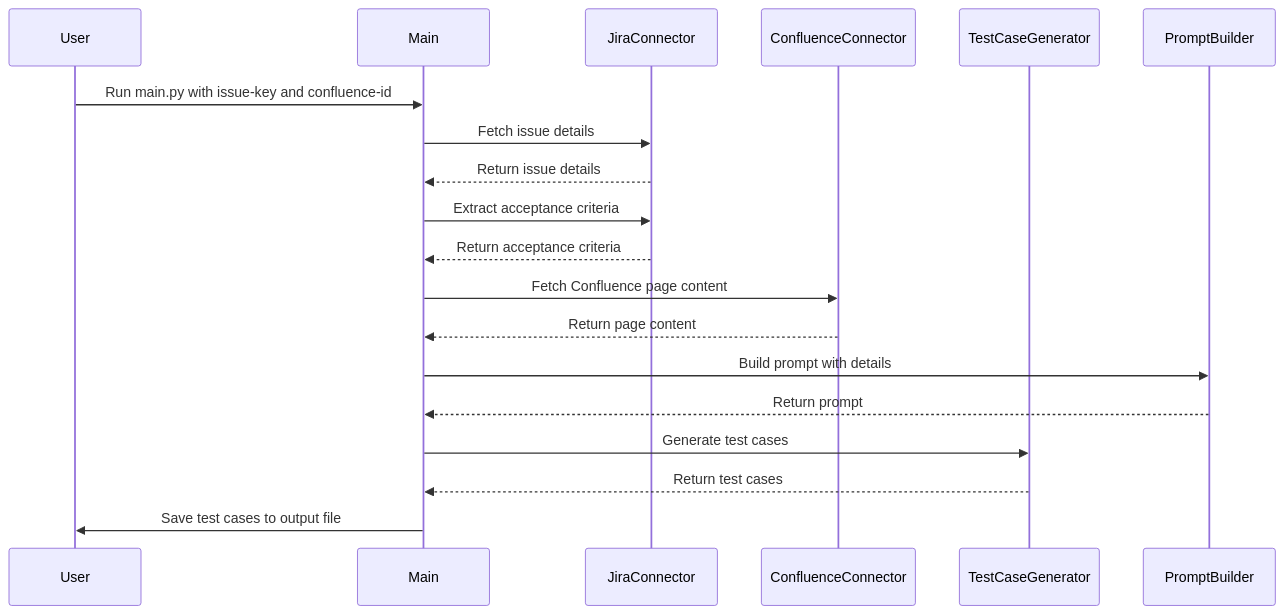
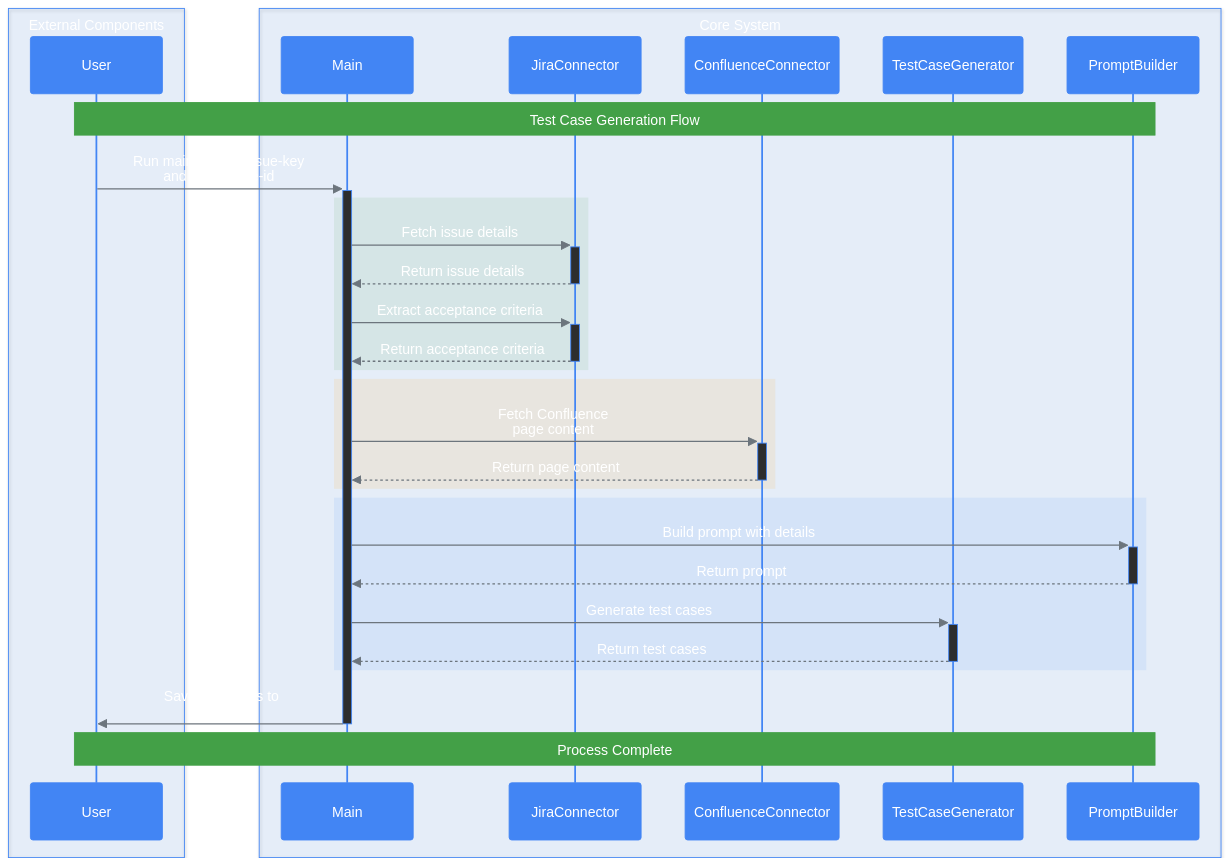
One commit to dipjyotimetia/friday changed the diagram in README.md. Above: the diagram before and after it, drawn with Mermaid. The commit also changed 2 other files, not shown here.

Commit message:
minor updates

````diff
--- a/README.md
+++ b/README.md
@@ -20,22 +26,68 @@
 ```mermaid
+%%{init: {
+    'theme': 'base',
+    'themeVariables': {
+        'primaryColor': '#1a1a1a',
+        'primaryTextColor': '#fff',
+        'primaryBorderColor': '#4285f4',
+        'lineColor': '#4285f4',
+        'secondaryColor': '#2d2d2d',
+        'tertiaryColor': '#2d2d2d',
+        'actorBkg': '#4285f4',
+        'actorTextColor': '#fff',
+        'actorLineColor': '#4285f4',
+        'signalColor': '#6c757d',
+        'signalTextColor': '#fff',
+        'labelBoxBkgColor': '#2d2d2d',
+        'labelBoxBorderColor': '#4285f4',
+        'labelTextColor': '#fff',
+        'loopTextColor': '#fff',
+        'noteBorderColor': '#43a047',
+        'noteBkgColor': '#43a047',
+        'noteTextColor': '#fff',
+        'activationBorderColor': '#4285f4',
+        'activationBkgColor': '#2d2d2d',
+        'sequenceNumberColor': '#fff'
+    }
+}}%%
+
 sequenceDiagram
+    box rgba(66, 133, 244, 0.1) External Components
     participant User
+    end
+    
+    box rgba(66, 133, 244, 0.1) Core System
     participant Main
     participant JiraConnector
     participant ConfluenceConnector
     participant TestCaseGenerator
     participant PromptBuilder
+    end
 
-    User->>Main: Run main.py with issue-key and confluence-id
-    Main->>JiraConnector: Fetch issue details
-    JiraConnector-->>Main: Return issue details
-    Main->>JiraConnector: Extract acceptance criteria
-    JiraConnector-->>Main: Return acceptance criteria
-    Main->>ConfluenceConnector: Fetch Confluence page content
-    ConfluenceConnector-->>Main: Return page content
-    Main->>PromptBuilder: Build prompt with details
-    PromptBuilder-->>Main: Return prompt
-    Main->>TestCaseGenerator: Generate test cases
-    TestCaseGenerator-->>Main: Return test cases
-    Main->>User: Save test cases to output file
+    Note over User,PromptBuilder: Test Case Generation Flow
+
+    User->>+Main: Run main.py with issue-key<br/>and confluence-id
+    
+    rect rgba(67, 160, 71, 0.1)
+        Main->>+JiraConnector: Fetch issue details
+        JiraConnector-->>-Main: Return issue details
+        Main->>+JiraConnector: Extract acceptance criteria
+        JiraConnector-->>-Main: Return acceptance criteria
+    end
+    
+    rect rgba(255, 152, 0, 0.1)
+        Main->>+ConfluenceConnector: Fetch Confluence<br/>page content
+        ConfluenceConnector-->>-Main: Return page content
+    end
+    
+    rect rgba(66, 133, 244, 0.1)
+        Main->>+PromptBuilder: Build prompt with details
+        PromptBuilder-->>-Main: Return prompt
+        Main->>+TestCaseGenerator: Generate test cases
+        TestCaseGenerator-->>-Main: Return test cases
+    end
+    
+    Main->>-User: Save test cases to<br/>output file
+
+    Note over User,PromptBuilder: Process Complete
 ```
````
